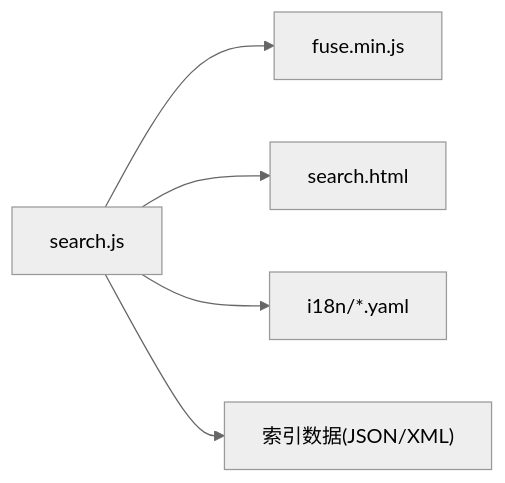
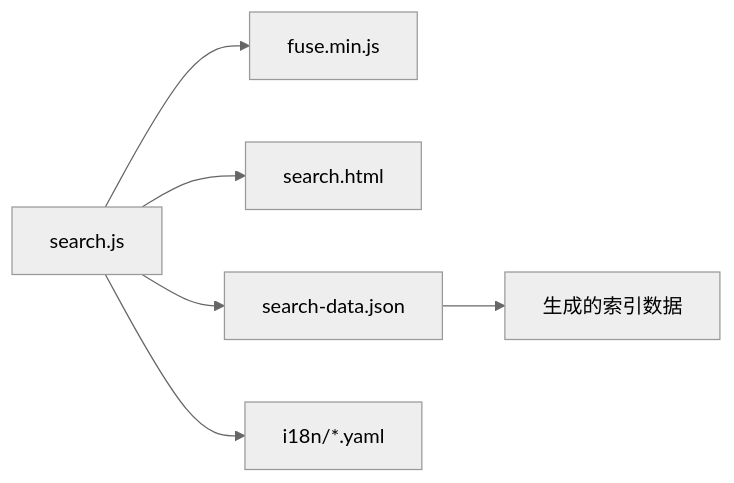
The fourth of 4 diagrams in .qoder/repowiki/zh/content/高级功能/全文搜索功能.md (nianjiang/nianjiang.github.io), drawn with Mermaid (neutral theme) before and after one commit. The commit also changed other lines of this file and 176 other files, not shown here.

````diff
--- a/.qoder/repowiki/zh/content/高级功能/全文搜索功能.md
+++ b/.qoder/repowiki/zh/content/高级功能/全文搜索功能.md
@@ -206,7 +235,8 @@
 ```mermaid
 graph LR
 SearchJS["search.js"] --> Fuse["fuse.min.js"]
 SearchJS --> Template["search.html"]
+SearchJS --> DataTemplate["search-data.json"]
+DataTemplate --> GeneratedData["生成的索引数据"]
 SearchJS --> I18N["i18n/*.yaml"]
-SearchJS --> IndexData["索引数据(JSON/XML)"]
 ```
````
